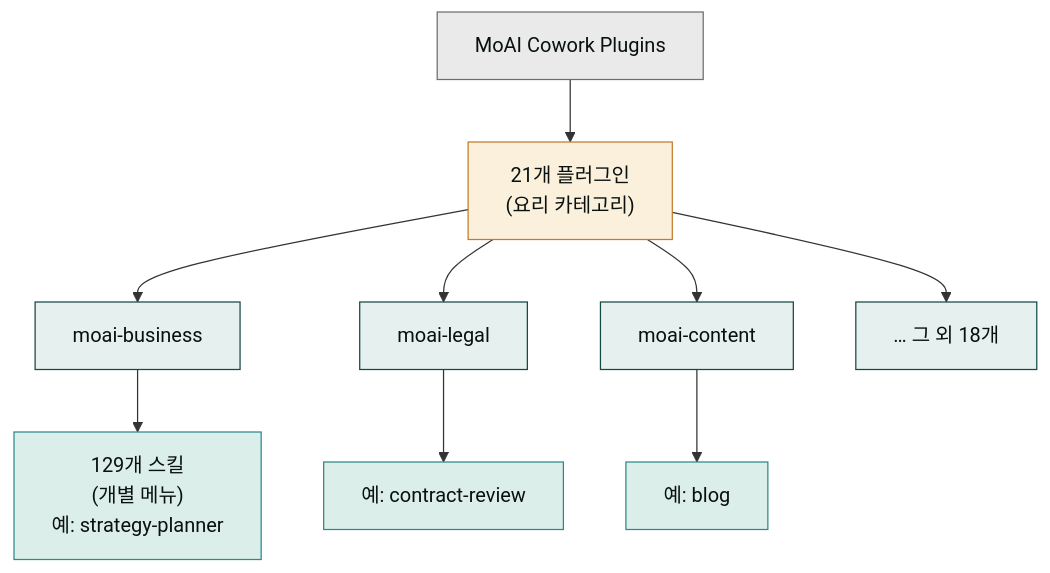
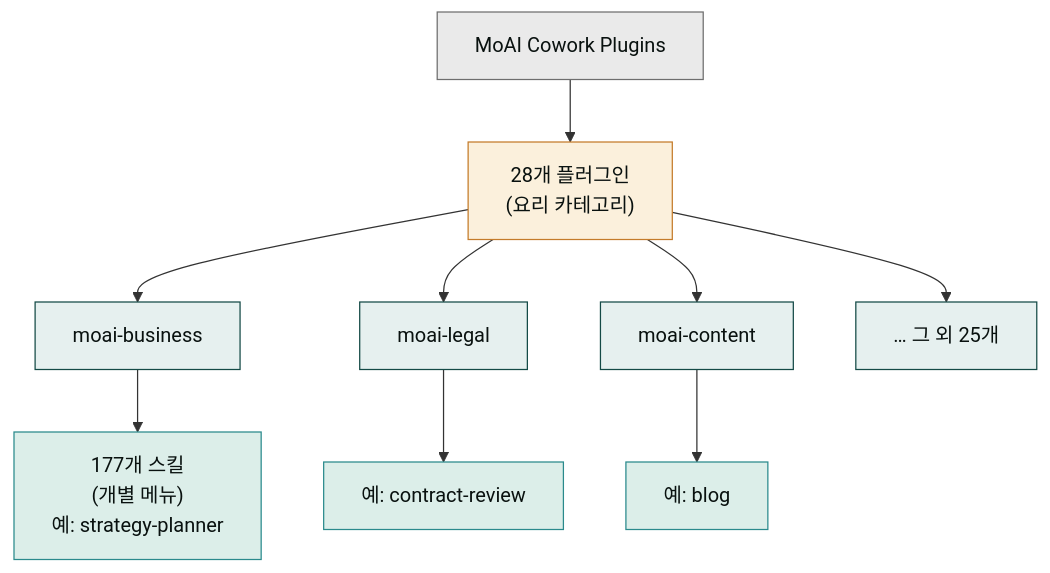
One commit to modu-ai/claude changed the first of 2 diagrams in content/getting-started/_index.md. Above: the diagram before and after it, drawn with Mermaid. The commit also changed other lines of this file and 84 other files, not shown here.

First line of the commit message:
docs(docs-site): drawio → mermaid 전환 + 카운트 정정 + drawio 잔재 제거 (v2.23.0)

````diff
--- a/content/getting-started/_index.md
+++ b/content/getting-started/_index.md
@@ -17,21 +17,21 @@
 ```mermaid
 flowchart TD
-    A["MoAI Cowork Plugins"] --> B["21개 플러그인<br/>(요리 카테고리)"]
+    A["MoAI Cowork Plugins"] --> B["28개 플러그인<br/>(요리 카테고리)"]
     B --> P1["moai-business"]
     B --> P2["moai-legal"]
     B --> P3["moai-content"]
-    B --> P4["… 그 외 18개"]
-    P1 --> S1["129개 스킬<br/>(개별 메뉴)<br/>예: strategy-planner"]
+    B --> P4["… 그 외 25개"]
+    P1 --> S1["177개 스킬<br/>(개별 메뉴)<br/>예: strategy-planner"]
     P2 --> S2["예: contract-review"]
     P3 --> S3["예: blog"]
 
     style A fill:#eaeaea,stroke:#6e6e6e,color:#09110f
     style B fill:#fbf0dc,stroke:#c47b2a,color:#09110f
     style P1 fill:#e6f0ef,stroke:#144a46,color:#09110f
     style P2 fill:#e6f0ef,stroke:#144a46,color:#09110f
     style P3 fill:#e6f0ef,stroke:#144a46,color:#09110f
     style P4 fill:#e6f0ef,stroke:#144a46,color:#09110f
     style S1 fill:#dceee9,stroke:#2a8a8c,color:#09110f
     style S2 fill:#dceee9,stroke:#2a8a8c,color:#09110f
     style S3 fill:#dceee9,stroke:#2a8a8c,color:#09110f
 ```
````
